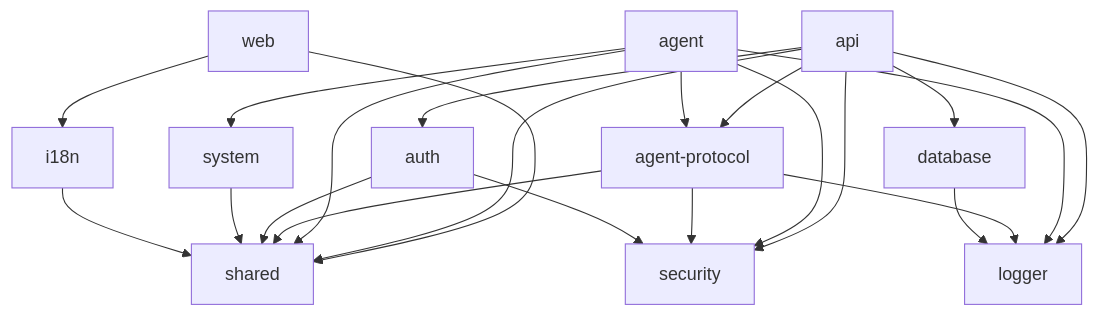
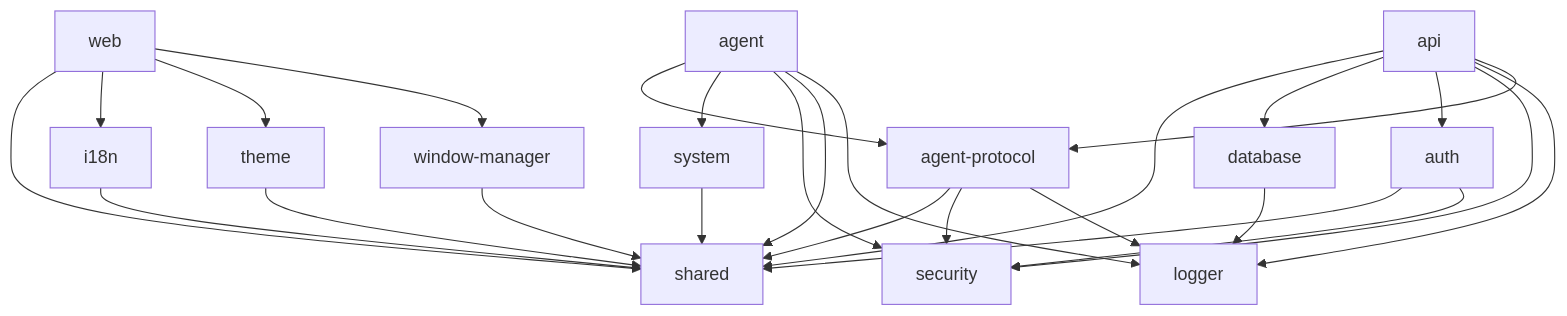
The second of 2 diagrams in docs/architecture.md (goktugcy/everyos), drawn with Mermaid before and after one commit. The commit also changed other lines of this file and 124 other files, not shown here.

````diff
--- a/docs/architecture.md
+++ b/docs/architecture.md
@@ -53,11 +55,13 @@
 ```mermaid
 flowchart TD
-  web --> shared & i18n
+  web --> shared & i18n & theme & window-manager
+  theme --> shared
+  window-manager --> shared
   api --> shared & database & auth & security & logger & agent-protocol
   agent --> agent-protocol & system & security & shared & logger
   agent-protocol --> shared & security & logger
   auth --> shared & security
   database --> logger
   system --> shared
   i18n --> shared
 ```
````
